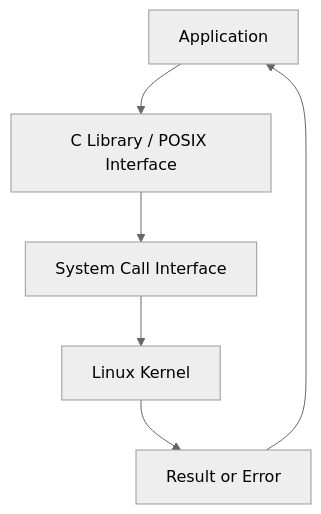
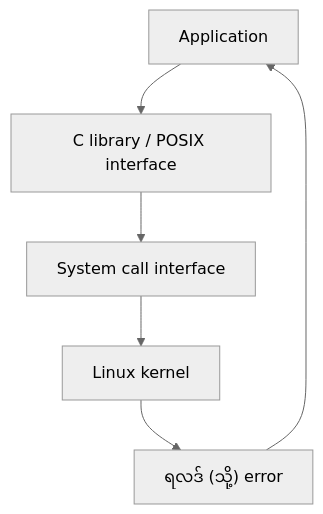
Before and after one commit to yul1ux/linux-containers-under-the-hood: the third of 9 diagrams in docs/part-01-fundamentals/chapter-02-linux-processes-and-system-calls.md, drawn with Mermaid (neutral theme). The commit also changed other lines of this file, not shown here.

````diff
--- a/docs/part-01-fundamentals/chapter-02-linux-processes-and-system-calls.md
+++ b/docs/part-01-fundamentals/chapter-02-linux-processes-and-system-calls.md
@@ -173,8 +108,8 @@
 ```mermaid
 flowchart TD
-    A["Application"] --> B["C Library / POSIX Interface"]
-    B --> C["System Call Interface"]
-    C --> D["Linux Kernel"]
-    D --> E["Result or Error"]
-    E --> A
+  A["Application"] --> B["C library / POSIX interface"]
+  B --> C["System call interface"]
+  C --> D["Linux kernel"]
+  D --> E["ရလဒ် (သို့) error"]
+  E --> A
 ```
````
